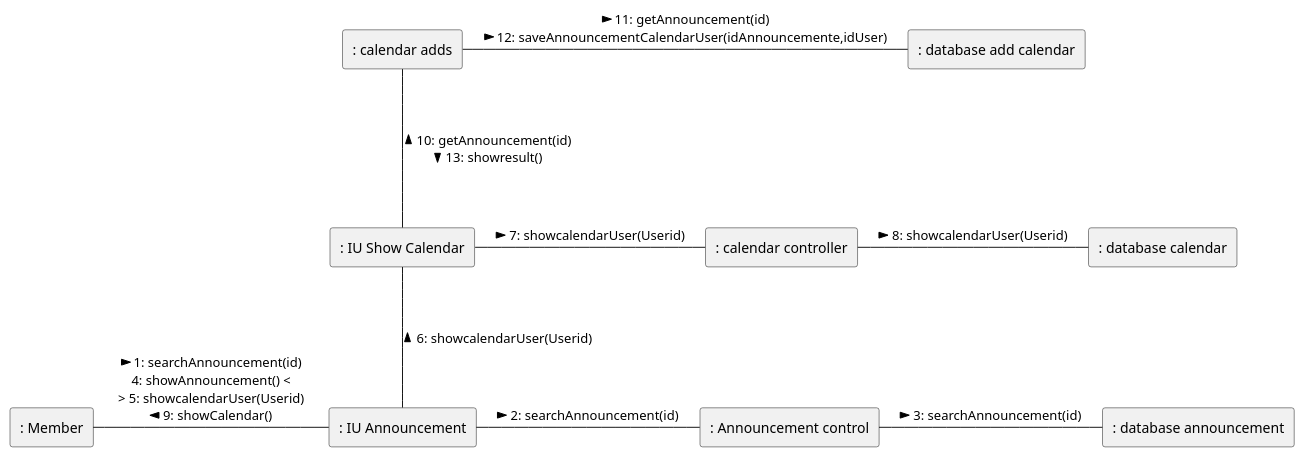
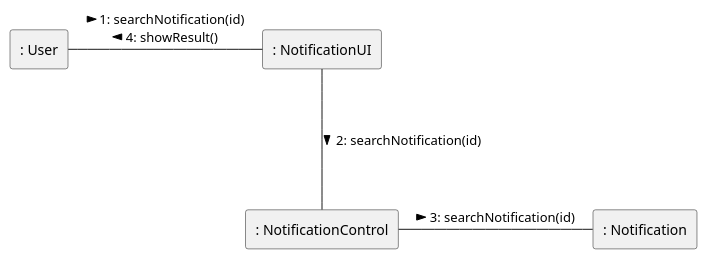
Before and after one commit to Candrixx/Proyecto_Ing_Software_Equipo_3: the diagram in docs/scenariosView/UC - Colaboration Diagrams/uc2-Show_Announcement-Colaboration.plantuml, drawn with PlantUML. The commit also changed 18 other files, not shown here.

Commit message:
Diagram Class of Analisys and Package

```diff
--- a/docs/scenariosView/UC - Colaboration Diagrams/uc2-Show_Announcement-Colaboration.plantuml
+++ b/docs/scenariosView/UC - Colaboration Diagrams/uc2-Show_Announcement-Colaboration.plantuml
@@ -1,22 +1,12 @@
 @startuml uc2_show_announcement_c
 
-rectangle ": Member" as actor
-rectangle ": IU Announcement" as view
-rectangle ": Announcement control" as control
-rectangle ": database announcement" as database
-rectangle ": IU Show Calendar" as showCalendarView
-rectangle ": calendar controller" as controller
-rectangle ": database calendar" as database2
-rectangle ": calendar adds" as controller2
-rectangle ": database add calendar" as database3
+rectangle ": User" as actor
+rectangle ": NotificationUI" as view
+rectangle ": NotificationControl" as control
+rectangle ": Notification" as database
 
-actor --r- view : > 1: searchAnnouncement(id) \n 4: showAnnouncement() < \n > 5: showcalendarUser(Userid) \n 9: showCalendar() <
-view --r- control : > 2: searchAnnouncement(id)
-control --r- database : > 3: searchAnnouncement(id)
-view --u- showCalendarView : > 6: showcalendarUser(Userid)
-showCalendarView --r- controller : > 7: showcalendarUser(Userid)
-controller --r- database2 : > 8: showcalendarUser(Userid)
-showCalendarView --u- controller2 : < 10: getAnnouncement(id) \n 13: showresult() >
-controller2 --r- database3 : > 11: getAnnouncement(id) \n 12: saveAnnouncementCalendarUser(idAnnouncemente,idUser) >  
+actor --r- view : > 1: searchNotification(id) \n 4: showResult() <
+view --d- control : > 2: searchNotification(id)
+control --r- database : > 3: searchNotification(id)
 
 @enduml
```
